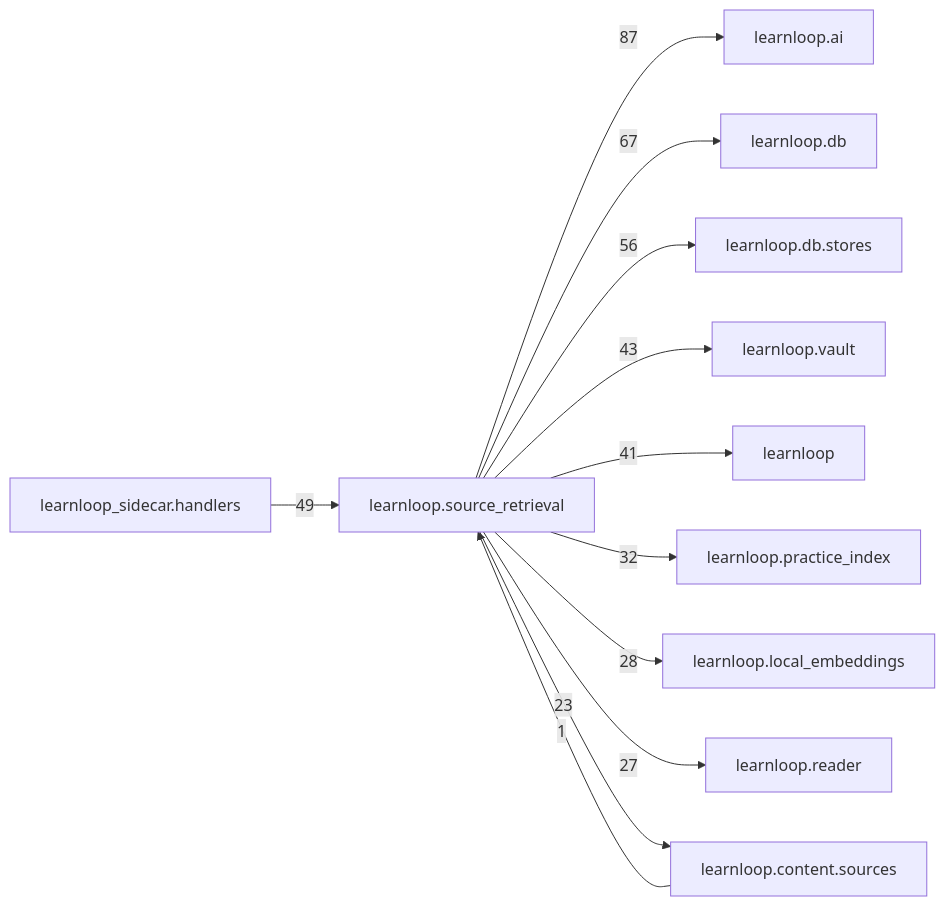
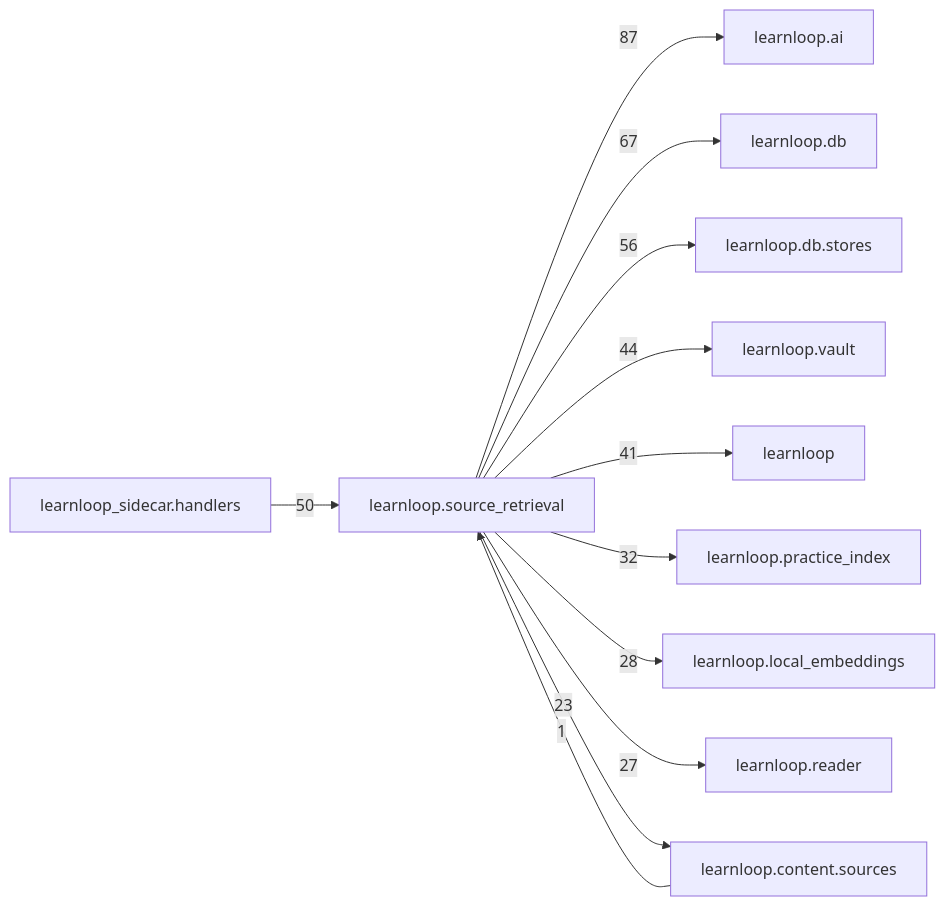
One commit to 6up-b/learnanything changed the diagram in docs/learnloop-architecture-vault/Reference/Modules/learnloop/source_retrieval/_package.md. Above: the diagram before and after it, drawn with Mermaid. The commit also changed other lines of this file and 315 other files, not shown here.

````diff
--- a/docs/learnloop-architecture-vault/Reference/Modules/learnloop/source_retrieval/_package.md
+++ b/docs/learnloop-architecture-vault/Reference/Modules/learnloop/source_retrieval/_package.md
@@ -187,25 +191,25 @@
 ```mermaid
 flowchart LR
     center["learnloop.source_retrieval"]
     n_learnloop_ai["learnloop.ai"]
     n_learnloop_db["learnloop.db"]
     n_learnloop_db_stores["learnloop.db.stores"]
     n_learnloop_sidecar_handlers["learnloop_sidecar.handlers"]
     n_learnloop_vault["learnloop.vault"]
     n_learnloop["learnloop"]
     n_learnloop_practice_index["learnloop.practice_index"]
     n_learnloop_local_embeddings["learnloop.local_embeddings"]
     n_learnloop_reader["learnloop.reader"]
     n_learnloop_content_sources["learnloop.content.sources"]
     center -->|87| n_learnloop_ai
     center -->|67| n_learnloop_db
     center -->|56| n_learnloop_db_stores
-    n_learnloop_sidecar_handlers -->|49| center
-    center -->|43| n_learnloop_vault
+    n_learnloop_sidecar_handlers -->|50| center
+    center -->|44| n_learnloop_vault
     center -->|41| n_learnloop
     center -->|32| n_learnloop_practice_index
     center -->|28| n_learnloop_local_embeddings
     center -->|27| n_learnloop_reader
     n_learnloop_content_sources -->|1| center
     center -->|23| n_learnloop_content_sources
 ```
````
